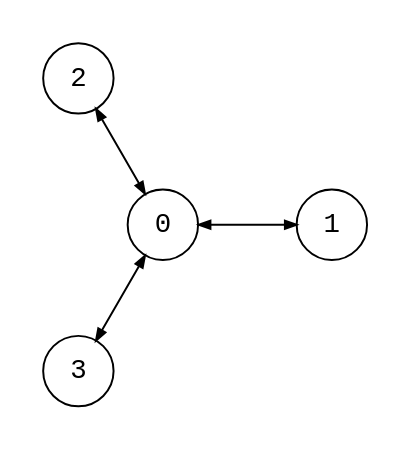
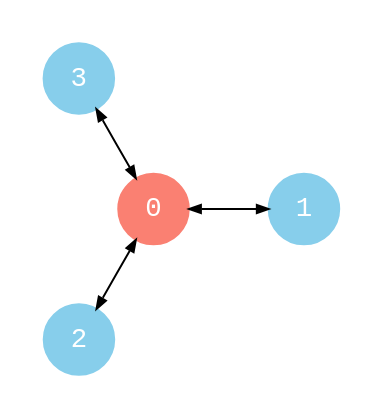
Before and after one commit to bsdrks/graaf-images: the diagram in src/biclique_claw.dot, drawn with Graphviz. The commit also changed 69 other files, not shown here.

```diff
--- a/src/biclique_claw.dot
+++ b/src/biclique_claw.dot
@@ -1,18 +1,20 @@
 digraph {
     node [shape=circle, fontname="monospace"; fixedsize=true, width="0.5"];
     edge [arrowsize=0.6];
-    layout=circo;
+    layout=neato;
+    mode="sgd";
+    maxiter=1000000;
     normalize=true;
-    scale=0.8;
+    scale=1.0;
     pad=0.2;
 
-    subgraph cluster_0 {
-        0;
+    subgraph {
+        0 [style="filled"; color=salmon; fontcolor=white];
     }
 
-    subgraph cluster_1 {
-        1, 2, 3;
+    subgraph {
+        1, 2, 3 [style="filled"; color=skyblue; fontcolor=white];
     }
 
     0 -> {1, 2, 3} [dir="both"];
 }
```
